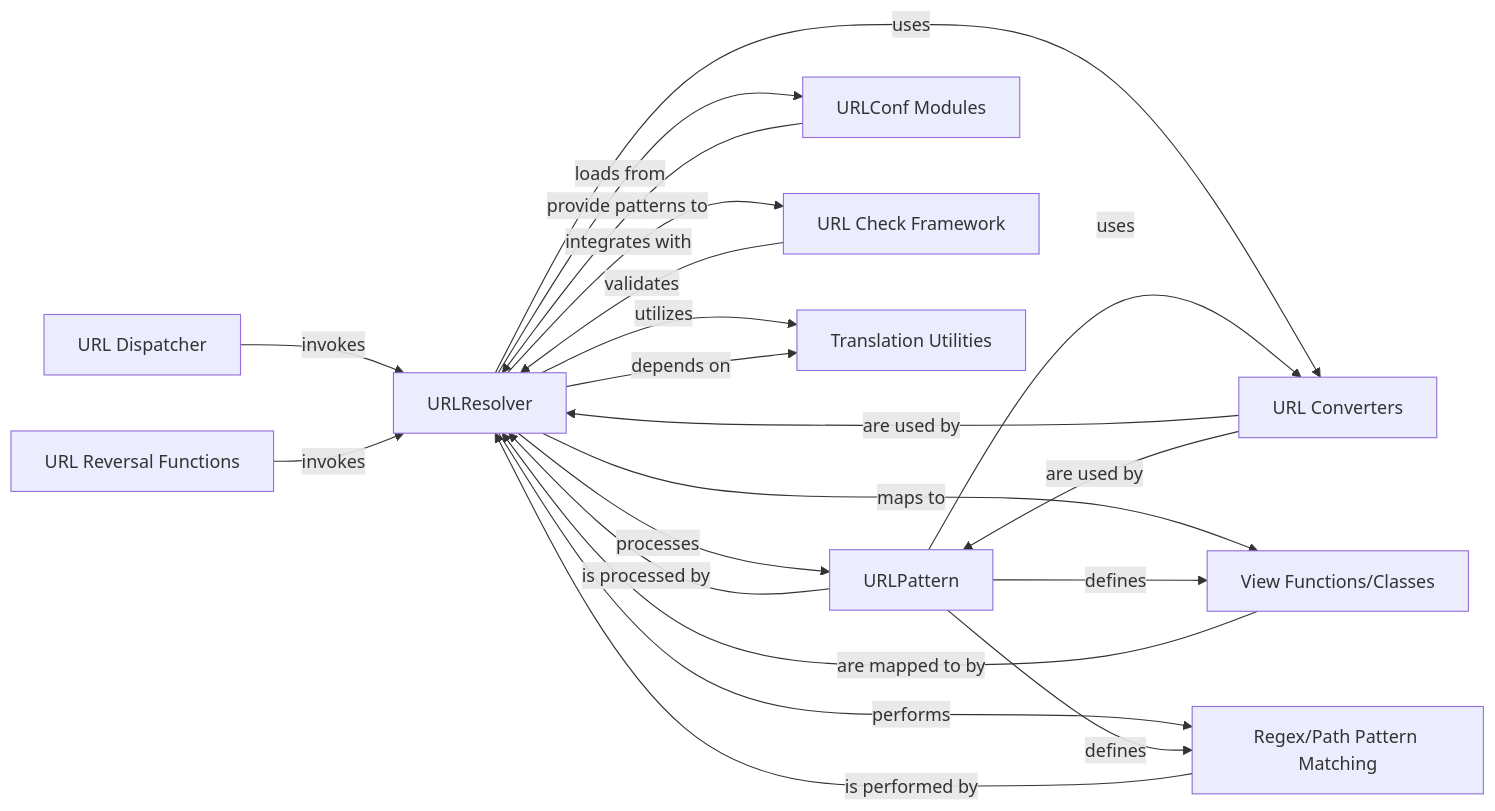
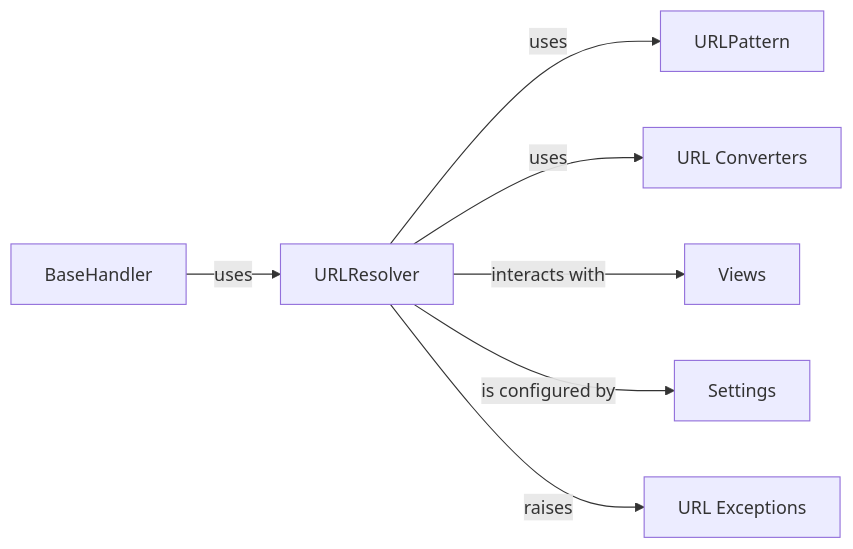
The diagram in django/URLResolver.md (CodeBoarding/GeneratedOnBoardings), drawn with Mermaid before and after one commit. The commit also changed other lines of this file and 70 other files, not shown here.

````diff
--- a/django/URLResolver.md
+++ b/django/URLResolver.md
@@ -1,34 +1,18 @@
 ```mermaid
 graph LR
     URLResolver["URLResolver"]
     URLPattern["URLPattern"]
-    URLConf_Modules["URLConf Modules"]
     URL_Converters["URL Converters"]
-    URL_Dispatcher["URL Dispatcher"]
-    URL_Reversal_Functions["URL Reversal Functions"]
-    URL_Check_Framework["URL Check Framework"]
-    Translation_Utilities["Translation Utilities"]
-    View_Functions_Classes["View Functions/Classes"]
-    Regex_Path_Pattern_Matching["Regex/Path Pattern Matching"]
-    URLResolver -- "processes" --> URLPattern
-    URLResolver -- "loads from" --> URLConf_Modules
+    Views["Views"]
+    Settings["Settings"]
+    BaseHandler["BaseHandler"]
+    URL_Exceptions["URL Exceptions"]
+    URLResolver -- "uses" --> URLPattern
     URLResolver -- "uses" --> URL_Converters
-    URL_Dispatcher -- "invokes" --> URLResolver
-    URL_Reversal_Functions -- "invokes" --> URLResolver
-    URLResolver -- "integrates with" --> URL_Check_Framework
-    URLResolver -- "utilizes" --> Translation_Utilities
-    URLResolver -- "maps to" --> View_Functions_Classes
-    URLResolver -- "performs" --> Regex_Path_Pattern_Matching
-    URLPattern -- "is processed by" --> URLResolver
-    URLPattern -- "uses" --> URL_Converters
-    URLPattern -- "defines" --> View_Functions_Classes
-    URLConf_Modules -- "provide patterns to" --> URLResolver
-    URL_Converters -- "are used by" --> URLResolver
-    URL_Converters -- "are used by" --> URLPattern
-    URL_Check_Framework -- "validates" --> URLResolver
-    URLResolver -- "depends on" --> Translation_Utilities
-    View_Functions_Classes -- "are mapped to by" --> URLResolver
-    Regex_Path_Pattern_Matching -- "is performed by" --> URLResolver
-    URLPattern -- "defines" --> Regex_Path_Pattern_Matching
+    URLResolver -- "interacts with" --> Views
+    URLResolver -- "is configured by" --> Settings
+    BaseHandler -- "uses" --> URLResolver
+    URLResolver -- "raises" --> URL_Exceptions
     click URLResolver href "https://github.com/CodeBoarding/GeneratedOnBoardings/blob/main//django/URLResolver.md" "Details"
+    click Settings href "https://github.com/CodeBoarding/GeneratedOnBoardings/blob/main//django/Settings.md" "Details"
 ```
````
